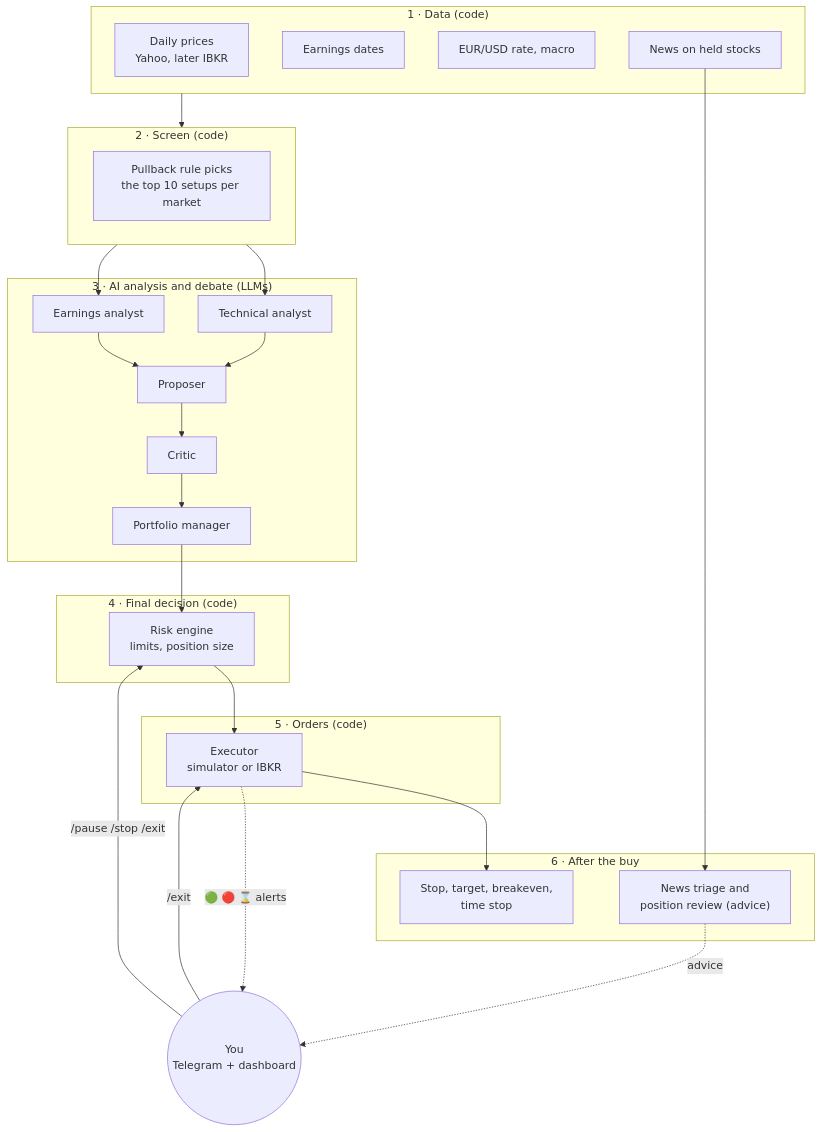
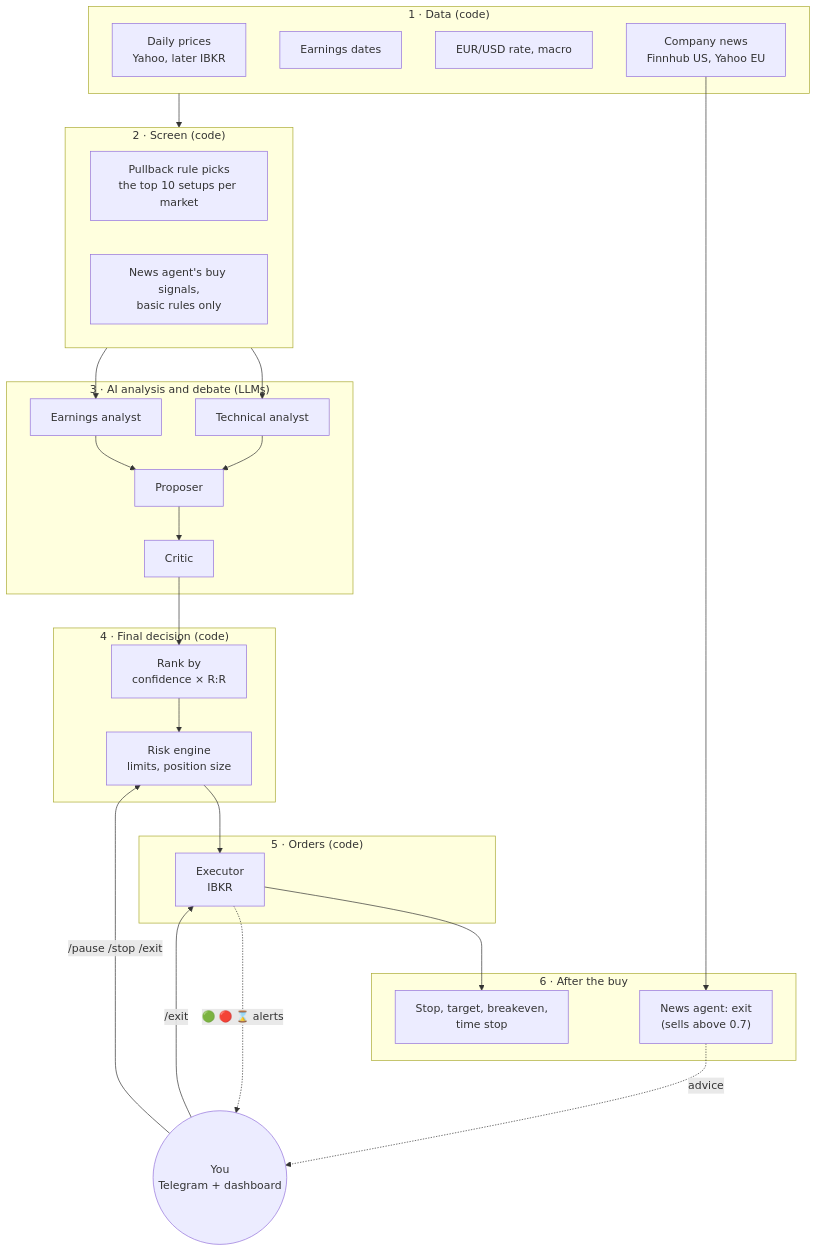
One commit to klausrossmann/trading-agent changed the first of 3 diagrams in HOW-IT-WORKS.md. Above: the diagram before and after it, drawn with Mermaid. The commit also changed other lines of this file and 104 other files, not shown here.

First line of the commit message:
Simplify: IBKR only, step log, orchestrator, News agent

````diff
--- a/HOW-IT-WORKS.md
+++ b/HOW-IT-WORKS.md
@@ -75,38 +74,39 @@
 ```mermaid
 flowchart TB
     subgraph Data["1 · Data (code)"]
         D1[Daily prices<br/>Yahoo, later IBKR]
         D2[Earnings dates]
         D3[EUR/USD rate, macro]
-        D4[News on held stocks]
+        D4[Company news<br/>Finnhub US, Yahoo EU]
     end
     subgraph Screen["2 · Screen (code)"]
         S1[Pullback rule picks<br/>the top 10 setups per market]
+        S2[News agent's buy signals,<br/>basic rules only]
     end
     subgraph AI["3 · AI analysis and debate (LLMs)"]
         A1[Technical analyst]
         A2[Earnings analyst]
         A3[Proposer]
         A4[Critic]
-        A5[Portfolio manager]
     end
     subgraph Guard["4 · Final decision (code)"]
+        RK[Rank by<br/>confidence × R:R]
         R[Risk engine<br/>limits, position size]
     end
     subgraph Exec["5 · Orders (code)"]
-        X[Executor<br/>simulator or IBKR]
+        X[Executor<br/>IBKR]
     end
     subgraph After["6 · After the buy"]
         M[Stop, target, breakeven,<br/>time stop]
-        N["News triage and<br/>position review (advice)"]
+        N["News agent: exit<br/>(sells above 0.7)"]
     end
     You((You<br/>Telegram + dashboard))
 
     Data --> Screen --> A1 & A2
-    A1 & A2 --> A3 --> A4 --> A5 --> R --> X --> M
+    A1 & A2 --> A3 --> A4 --> RK --> R --> X --> M
     D4 --> N
     N -. advice .-> You
     You -- /pause /stop /exit --> R
     You -- /exit --> X
     X -. 🟢 🔴 ⌛ alerts .-> You
 ```
````
